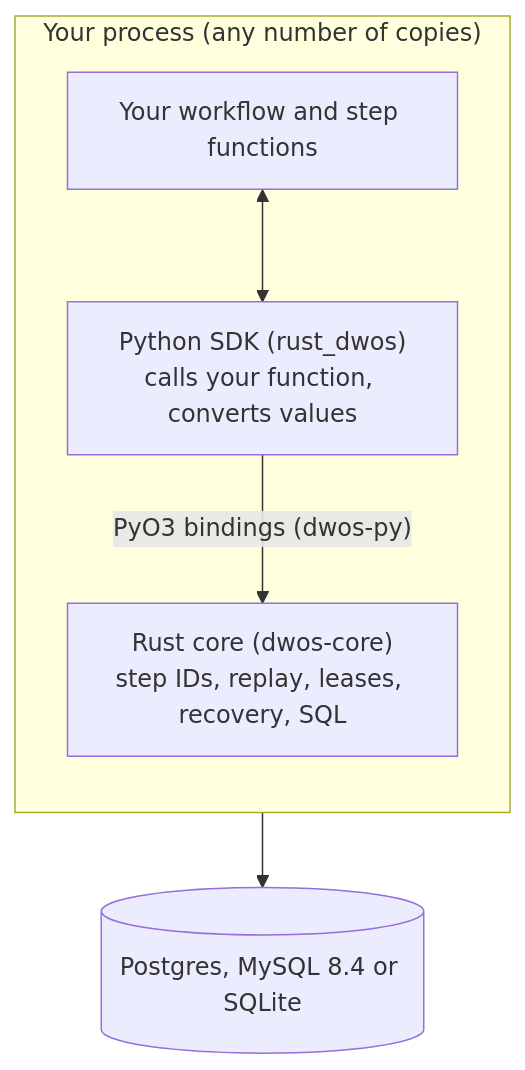
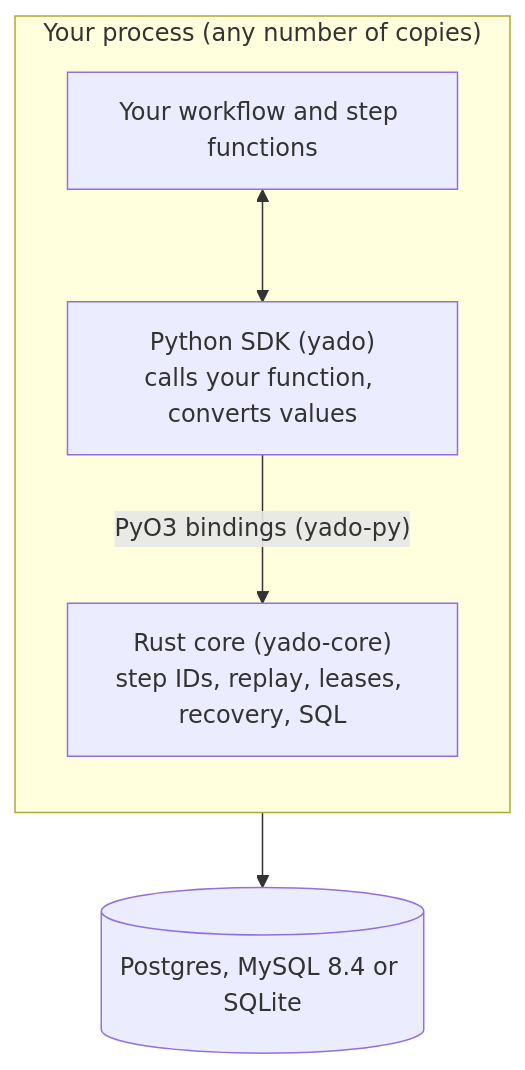
The first of 3 diagrams in docs/architecture.md (nurulislamz/dbos-mysql), drawn with Mermaid before and after one commit. The commit also changed other lines of this file and 352 other files, not shown here.

First line of the commit message:
Rename rust-dwos to yado, "yet another durable orchestrator".

````diff
--- a/docs/architecture.md
+++ b/docs/architecture.md
@@ -5,12 +5,12 @@
 ```mermaid
 flowchart TB
     subgraph A["Your process (any number of copies)"]
         direction TB
         C["Your workflow and step functions"]
-        P["Python SDK (rust_dwos)<br/>calls your function, converts values"]
-        R["Rust core (dwos-core)<br/>step IDs, replay, leases, recovery, SQL"]
+        P["Python SDK (yado)<br/>calls your function, converts values"]
+        R["Rust core (yado-core)<br/>step IDs, replay, leases, recovery, SQL"]
         C <--> P
-        P -- "PyO3 bindings (dwos-py)" --> R
+        P -- "PyO3 bindings (yado-py)" --> R
     end
     R --> D[("Postgres, MySQL 8.4 or SQLite")]
 ```
````
